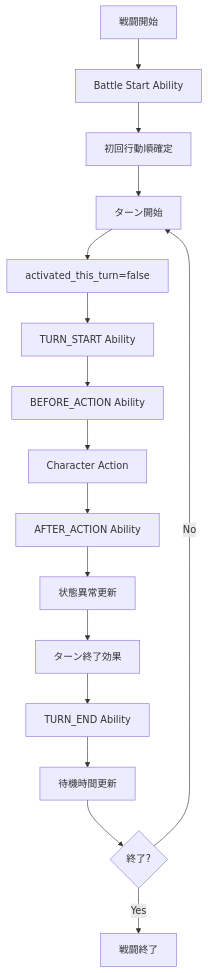
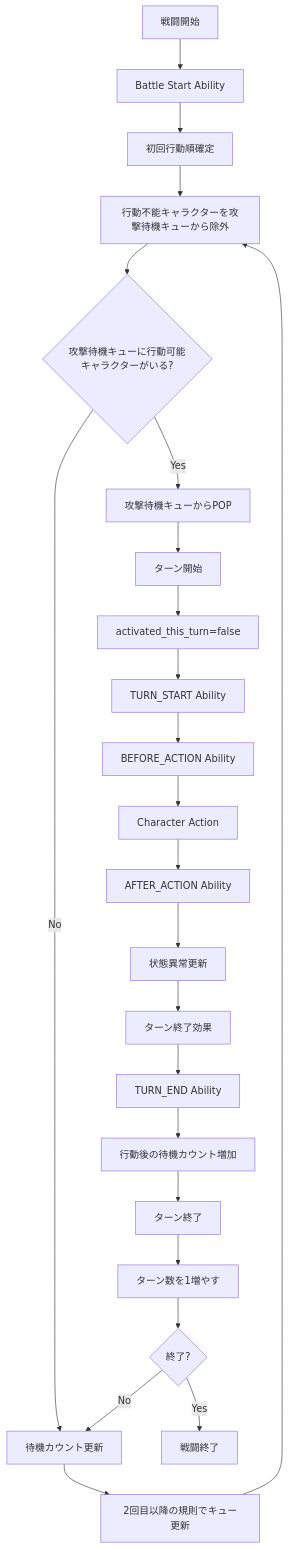
Before and after one commit to ReHydrangeaOdyssey/Specifications: the second of 2 diagrams in design/programming/game/battle_runtime.md, drawn with Mermaid. The commit also changed other lines of this file and 9 other files, not shown here.

````diff
--- a/design/programming/game/battle_runtime.md
+++ b/design/programming/game/battle_runtime.md
@@ -53,18 +53,23 @@
 ```mermaid
 flowchart TD
     Start[戦闘開始] --> BattleStartAbility[Battle Start Ability]
     BattleStartAbility --> Determine[初回行動順確定]
-    Determine --> TurnStart[ターン開始]
+    Determine --> FilterQueue[行動不能キャラクターを攻撃待機キューから除外]
+    FilterQueue --> CheckQueue{攻撃待機キューに行動可能キャラクターがいる?}
+    CheckQueue -->|No| UpdateWaitCount[待機カウント更新]
+    UpdateWaitCount --> RefillQueue[2回目以降の規則でキュー更新] --> FilterQueue
+    CheckQueue -->|Yes| PopQueue[攻撃待機キューからPOP] --> TurnStart[ターン開始]
     TurnStart --> ResetAbility[activated_this_turn=false]
     ResetAbility --> TurnStartAbility[TURN_START Ability]
     TurnStartAbility --> Before[BEFORE_ACTION Ability]
     Before --> Action[Character Action]
     Action --> After[AFTER_ACTION Ability]
     After --> Status[状態異常更新]
     Status --> TurnEndEffect[ターン終了効果]
     TurnEndEffect --> EndAbility[TURN_END Ability]
-    EndAbility --> Wait[待機時間更新]
-    Wait --> Judge{終了?}
-    Judge -->|No| TurnStart
+    EndAbility --> Wait[行動後の待機カウント増加]
+    Wait --> TurnEnd[ターン終了] --> IncrementTurn[ターン数を1増やす]
+    IncrementTurn --> Judge{終了?}
+    Judge -->|No| UpdateWaitCount
     Judge -->|Yes| End[戦闘終了]
 ```
````
